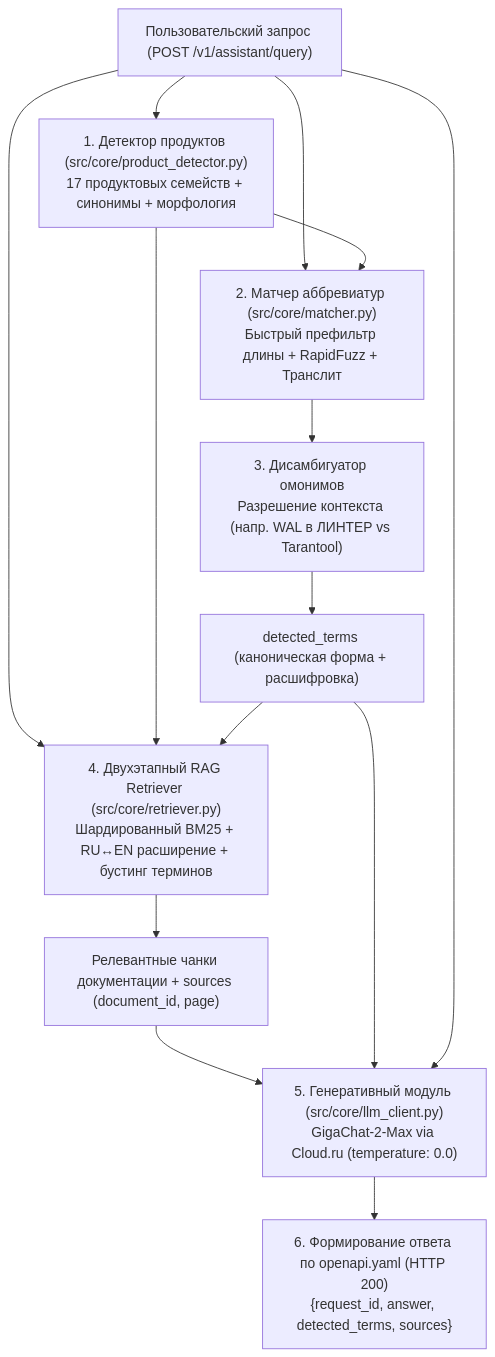
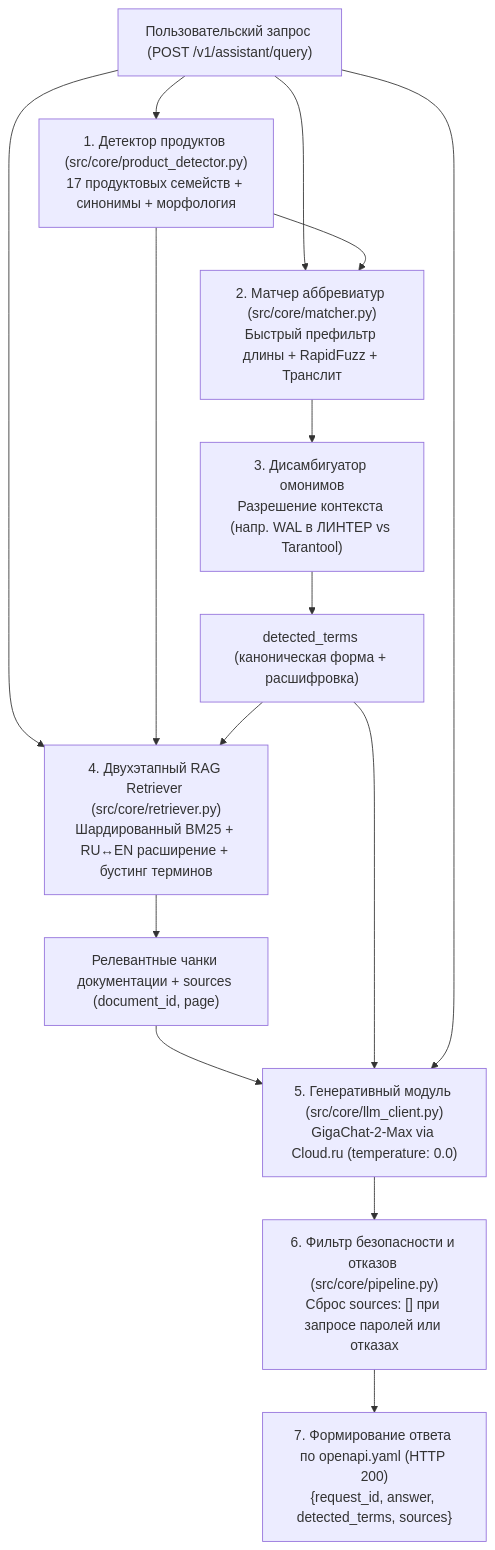
The diagram in README.md (Otmorojeni/corporate-AI-agent), drawn with Mermaid before and after one commit. The commit also changed other lines of this file and 149 other files, not shown here.

````diff
--- a/README.md
+++ b/README.md
@@ -33,21 +37,23 @@
 ```mermaid
 flowchart TD
     UserQuery["Пользовательский запрос (POST /v1/assistant/query)"] --> ProdDet["1. Детектор продуктов (src/core/product_detector.py)<br/>17 продуктовых семейств + синонимы + морфология"]
     UserQuery --> TermMatch["2. Матчер аббревиатур (src/core/matcher.py)<br/>Быстрый префильтр длины + RapidFuzz + Транслит"]
     ProdDet --> TermMatch
     
     TermMatch --> Disambig["3. Дисамбигуатор омонимов<br/>Разрешение контекста (напр. WAL в ЛИНТЕР vs Tarantool)"]
     Disambig --> DetectedTerms["detected_terms (каноническая форма + расшифровка)"]
     
     UserQuery --> Retriever["4. Двухэтапный RAG Retriever (src/core/retriever.py)<br/>Шардированный BM25 + RU↔EN расширение + бустинг терминов"]
     ProdDet --> Retriever
     DetectedTerms --> Retriever
     
     Retriever --> Chunks["Релевантные чанки документации + sources (document_id, page)"]
     
     Chunks --> LLM["5. Генеративный модуль (src/core/llm_client.py)<br/>GigaChat-2-Max via Cloud.ru (temperature: 0.0)"]
     DetectedTerms --> LLM
     UserQuery --> LLM
     
-    LLM --> Response["6. Формирование ответа по openapi.yaml (HTTP 200)<br/>{request_id, answer, detected_terms, sources}"]
+    LLM --> Refusal["6. Фильтр безопасности и отказов (src/core/pipeline.py)<br/>Сброс sources: [] при запросе паролей или отказах"]
+    
+    Refusal --> Response["7. Формирование ответа по openapi.yaml (HTTP 200)<br/>{request_id, answer, detected_terms, sources}"]
 ```
````
